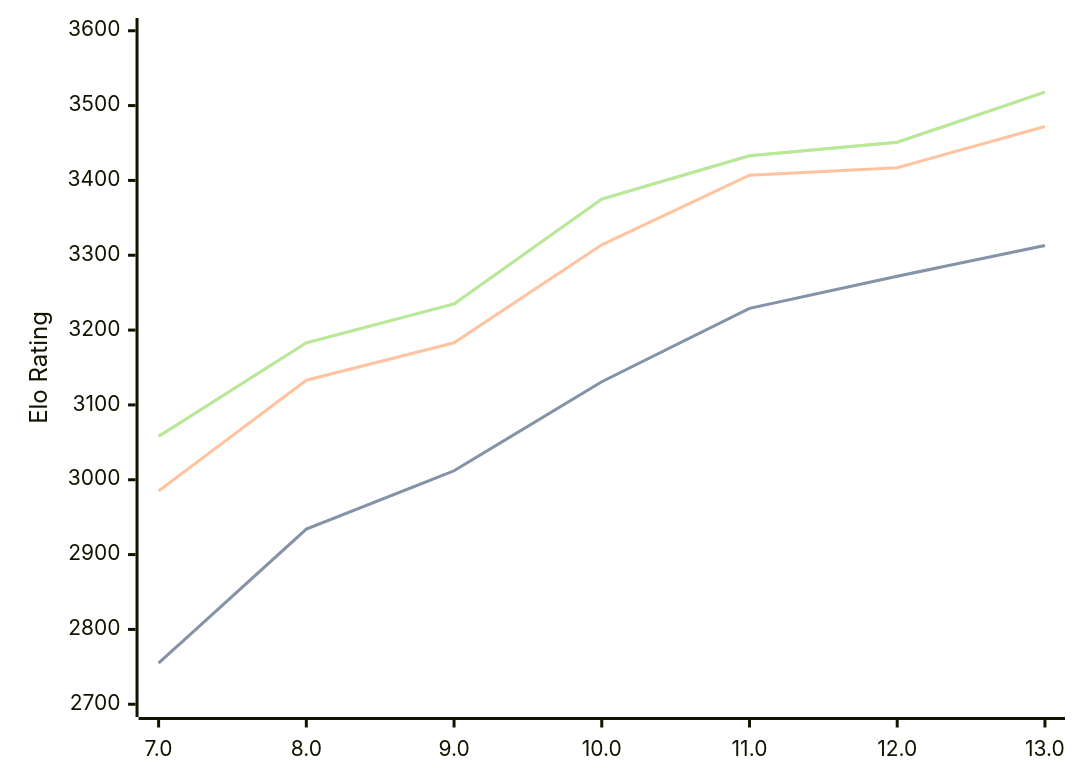
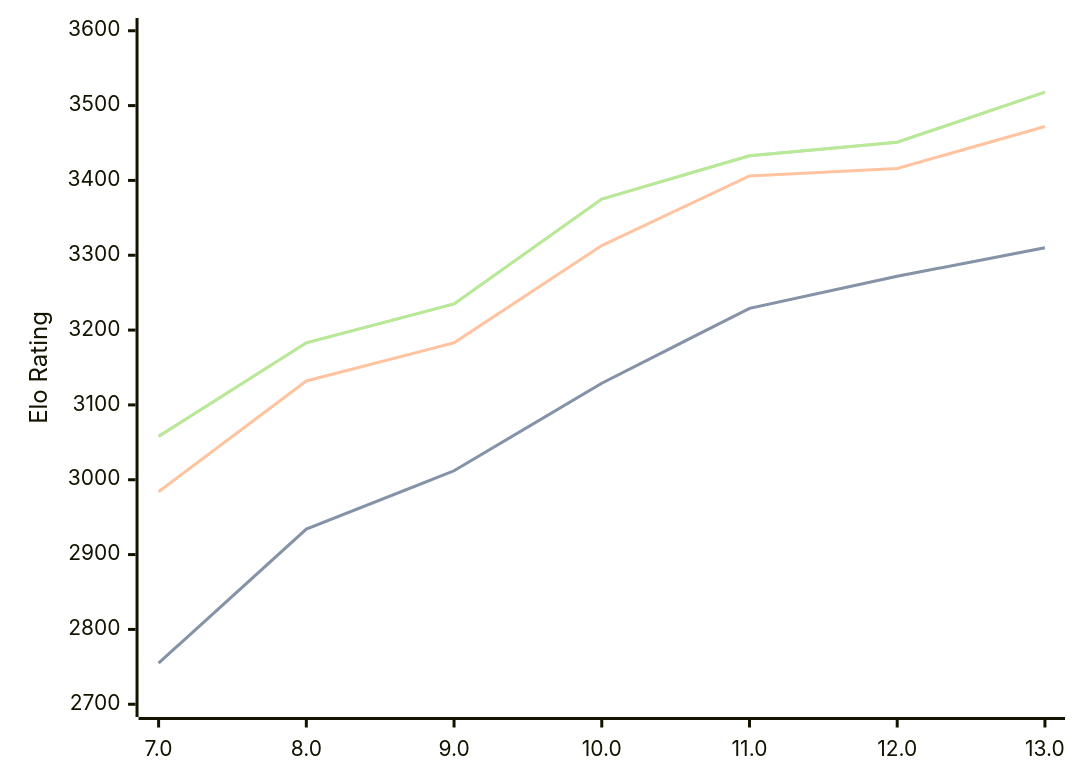
One commit to computer-chess-index/cci changed the diagram in engines/Tcheran.md. Above: the diagram before and after it, drawn with Mermaid. The commit also changed other lines of this file, not shown here.

````diff
--- a/engines/Tcheran.md
+++ b/engines/Tcheran.md
@@ -51,11 +51,11 @@
 ```mermaid
 %%{init: {"theme":"base","themeVariables":{"seriesColors:['#a3a3a3','#222221','#faa371']}}}%%
 xychart-beta
   x-axis ["7.0", "8.0", "9.0", "10.0", "11.0", "12.0", "13.0"]
   y-axis "Elo Rating" 2700 --> 3600
-  line "STC (8.0+0.08s)" [2755, 2934, 3012, 3131, 3229, 3272, 3313]
-  line "STC (8.0+0.08s)" [2755, 2934, 3012, 3131, 3229, 3272, 3313]
-  line "LTC (60.0+0.60s)" [2985, 3133, 3183, 3314, 3407, 3417, 3472]
+  line "STC (8.0+0.08s)" [2755, 2934, 3012, 3129, 3229, 3272, 3310]
+  line "STC (8.0+0.08s)" [2755, 2934, 3012, 3129, 3229, 3272, 3310]
+  line "LTC (60.0+0.60s)" [2984, 3132, 3183, 3313, 3406, 3416, 3472]
   line "VLTC (2m24s+1.12s)" [3058, 3183, 3235, 3375, 3433, 3451, 3518]
   line "VLTC (2m24s+1.12s)" [3058, 3183, 3235, 3375, 3433, 3451, 3518]
 ```
````
